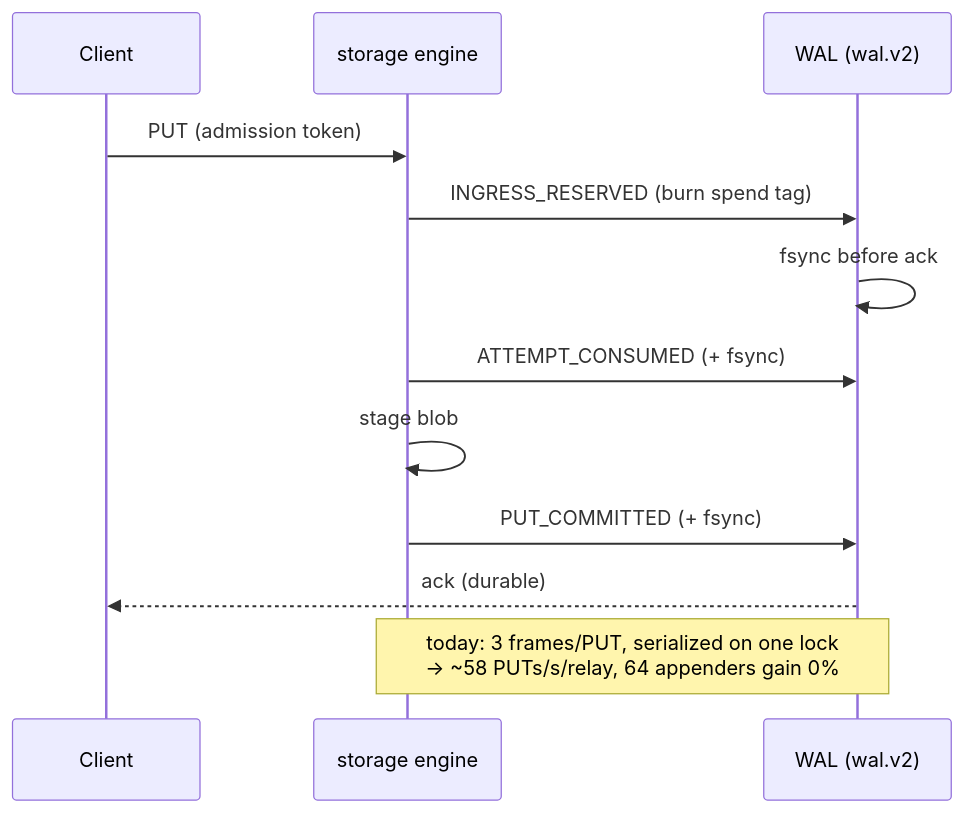
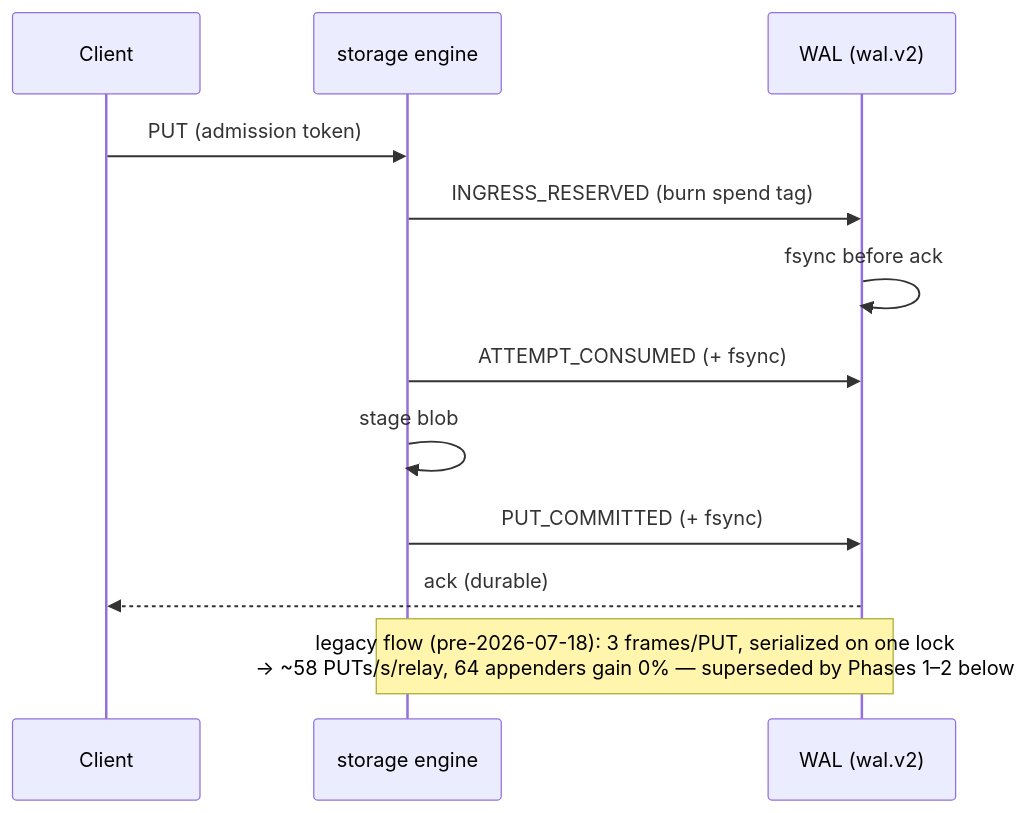
Before and after one commit to bigdestiny2/P2P-Hiverelay: the fourth of 4 diagrams in docs/GIGA-RELEASE-ARCHITECTURE.md, drawn with Mermaid. The commit also changed other lines of this file, not shown here.

First line of the commit message:
docs(giga): WAL P1 shipped (f0b4376, ~8k concurrent commits/s), P2 shipped (290bebd, single-commit atomic PUT)

````diff
--- a/docs/GIGA-RELEASE-ARCHITECTURE.md
+++ b/docs/GIGA-RELEASE-ARCHITECTURE.md
@@ -120,14 +120,14 @@
 ```mermaid
 sequenceDiagram
   participant C as Client
   participant E as storage engine
   participant W as WAL (wal.v2)
   C->>E: PUT (admission token)
   E->>W: INGRESS_RESERVED (burn spend tag)
   W->>W: fsync before ack
   E->>W: ATTEMPT_CONSUMED (+ fsync)
   E->>E: stage blob
   E->>W: PUT_COMMITTED (+ fsync)
   W-->>C: ack (durable)
-  Note over E,W: today: 3 frames/PUT, serialized on one lock<br/>→ ~58 PUTs/s/relay, 64 appenders gain 0%
+  Note over E,W: legacy flow (pre-2026-07-18): 3 frames/PUT, serialized on one lock<br/>→ ~58 PUTs/s/relay, 64 appenders gain 0% — superseded by Phases 1–2 below
 ```
````
